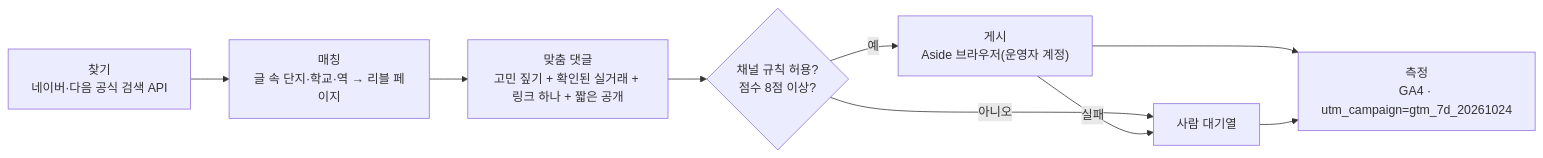
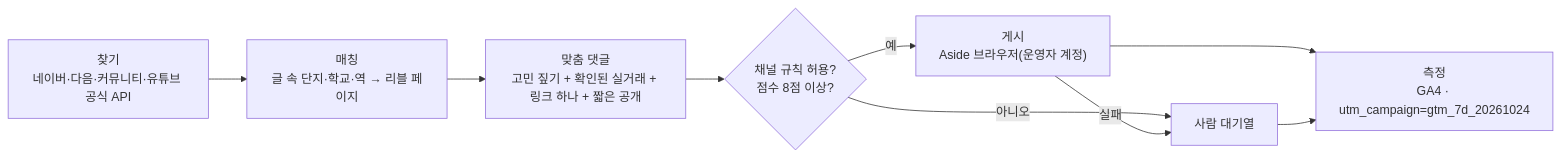
One commit to exclusiveyon-a11y/reevl-clone-loop-day changed the diagram in README.md. Above: the diagram before and after it, drawn with Mermaid. The commit also changed other lines of this file and 6 other files, not shown here.

````diff
--- a/README.md
+++ b/README.md
@@ -8,11 +8,11 @@
 ```mermaid
 flowchart LR
-  A["찾기<br/>네이버·다음 공식 검색 API"] --> B["매칭<br/>글 속 단지·학교·역 → 리블 페이지"]
+  A["찾기<br/>네이버·다음·커뮤니티·유튜브 공식 API"] --> B["매칭<br/>글 속 단지·학교·역 → 리블 페이지"]
   B --> C["맞춤 댓글<br/>고민 짚기 + 확인된 실거래 + 링크 하나 + 짧은 공개"]
   C --> D{"채널 규칙 허용?<br/>점수 8점 이상?"}
   D -- 예 --> E["게시<br/>Aside 브라우저(운영자 계정)"]
   D -- 아니오 --> H["사람 대기열"]
   E -- 실패 --> H
   E --> F["측정<br/>GA4 · utm_campaign=gtm_7d_20261024"]
   H --> F
 ```
````
